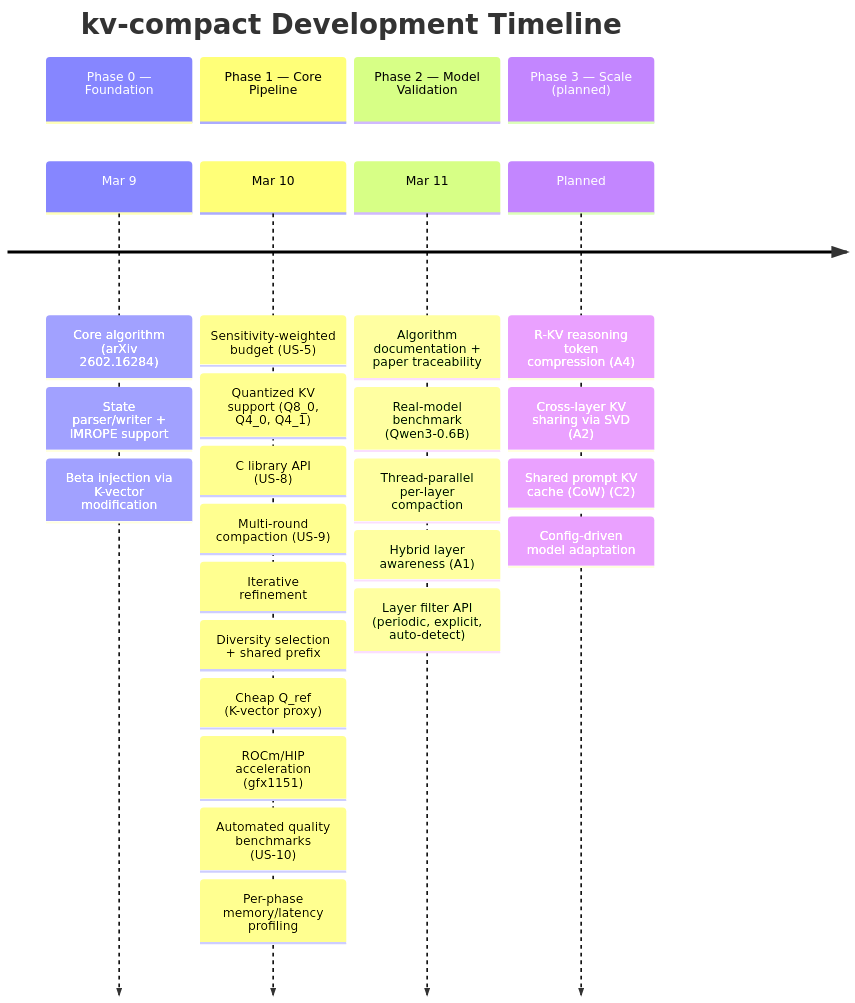
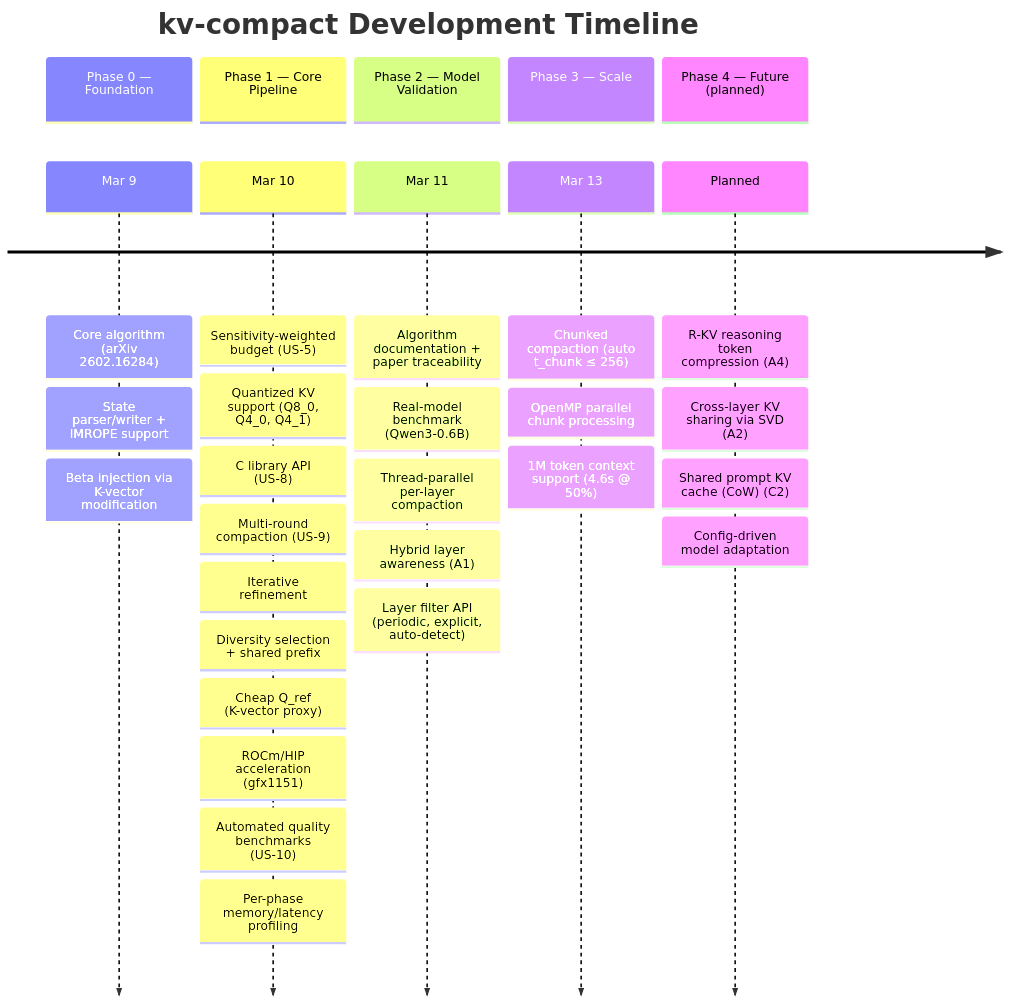
Before and after one commit to fabiantax/kv-compact: the diagram in README.md, drawn with Mermaid. The commit also changed other lines of this file and 1 other file, not shown here.

First line of the commit message:
Document chunked compaction, OpenMP parallelism, and 1M+ throughput

````diff
--- a/README.md
+++ b/README.md
@@ -142,34 +164,39 @@
 ```mermaid
 timeline
     title kv-compact Development Timeline
 
     section Phase 0 — Foundation
         Mar 9 : Core algorithm (arXiv 2602.16284)
                : State parser/writer + IMROPE support
                : Beta injection via K-vector modification
 
     section Phase 1 — Core Pipeline
         Mar 10 : Sensitivity-weighted budget (US-5)
                : Quantized KV support (Q8_0, Q4_0, Q4_1)
                : C library API (US-8)
                : Multi-round compaction (US-9)
                : Iterative refinement
                : Diversity selection + shared prefix
                : Cheap Q_ref (K-vector proxy)
                : ROCm/HIP acceleration (gfx1151)
                : Automated quality benchmarks (US-10)
                : Per-phase memory/latency profiling
 
     section Phase 2 — Model Validation
         Mar 11 : Algorithm documentation + paper traceability
                : Real-model benchmark (Qwen3-0.6B)
                : Thread-parallel per-layer compaction
                : Hybrid layer awareness (A1)
                : Layer filter API (periodic, explicit, auto-detect)
 
-    section Phase 3 — Scale (planned)
+    section Phase 3 — Scale
+        Mar 13 : Chunked compaction (auto t_chunk ≤ 256)
+               : OpenMP parallel chunk processing
+               : 1M token context support (4.6s @ 50%)
+
+    section Phase 4 — Future (planned)
         Planned : R-KV reasoning token compression (A4)
                 : Cross-layer KV sharing via SVD (A2)
                 : Shared prompt KV cache (CoW) (C2)
                 : Config-driven model adaptation
 ```
````
